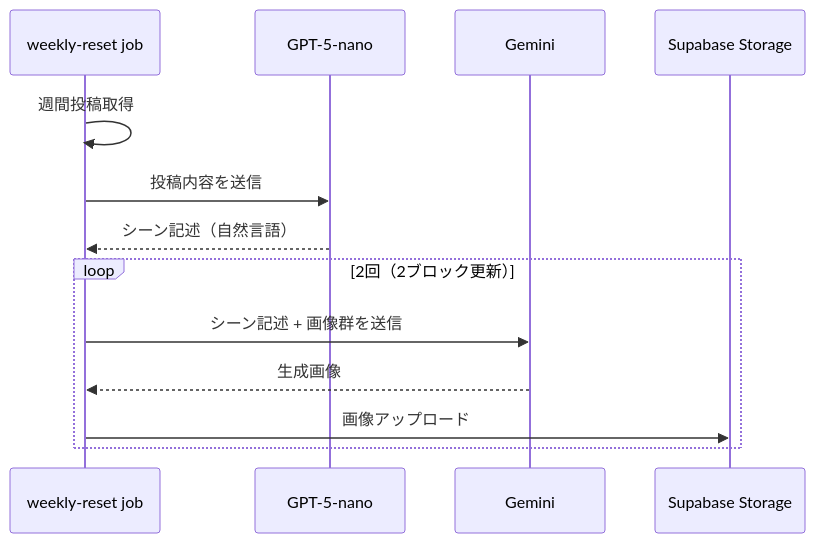
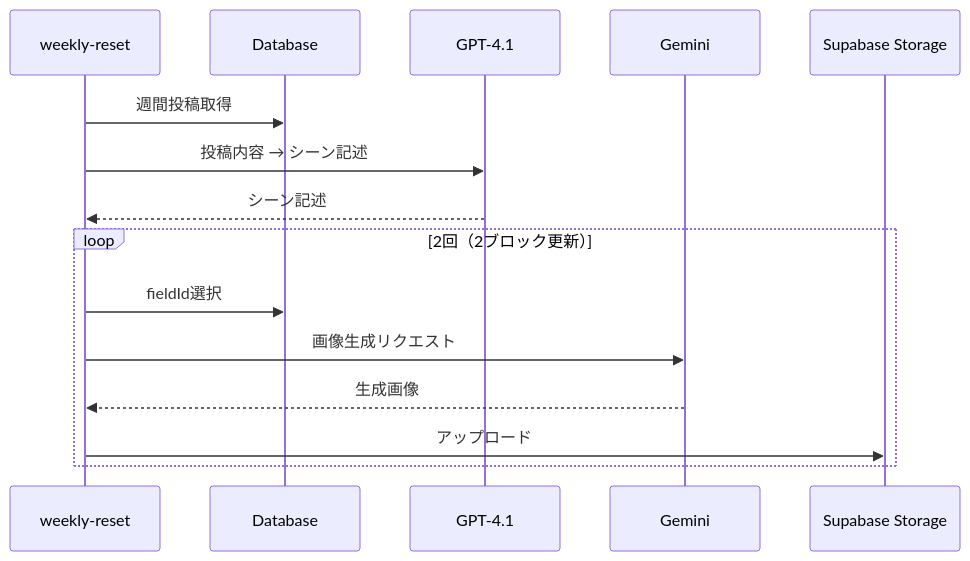
Before and after one commit to p2hacks2025/pre-03: the third of 3 diagrams in apps/worker/docs/image-generation-workflow.md, drawn with Mermaid. The commit also changed other lines of this file and 8 other files, not shown here.

````diff
--- a/apps/worker/docs/image-generation-workflow.md
+++ b/apps/worker/docs/image-generation-workflow.md
@@ -75,16 +131,18 @@
 ```mermaid
 sequenceDiagram
-    participant Job as weekly-reset job
-    participant GPT as GPT-5-nano
+    participant Job as weekly-reset
+    participant DB as Database
+    participant GPT as GPT-4.1
     participant Gemini as Gemini
     participant Storage as Supabase Storage
 
-    Job->>Job: 週間投稿取得
-    Job->>GPT: 投稿内容を送信
-    GPT-->>Job: シーン記述（自然言語）
+    Job->>DB: 週間投稿取得
+    Job->>GPT: 投稿内容 → シーン記述
+    GPT-->>Job: シーン記述
     loop 2回（2ブロック更新）
-        Job->>Gemini: シーン記述 + 画像群を送信
+        Job->>DB: fieldId選択
+        Job->>Gemini: 画像生成リクエスト
         Gemini-->>Job: 生成画像
-        Job->>Storage: 画像アップロード
+        Job->>Storage: アップロード
     end
 ```
````
